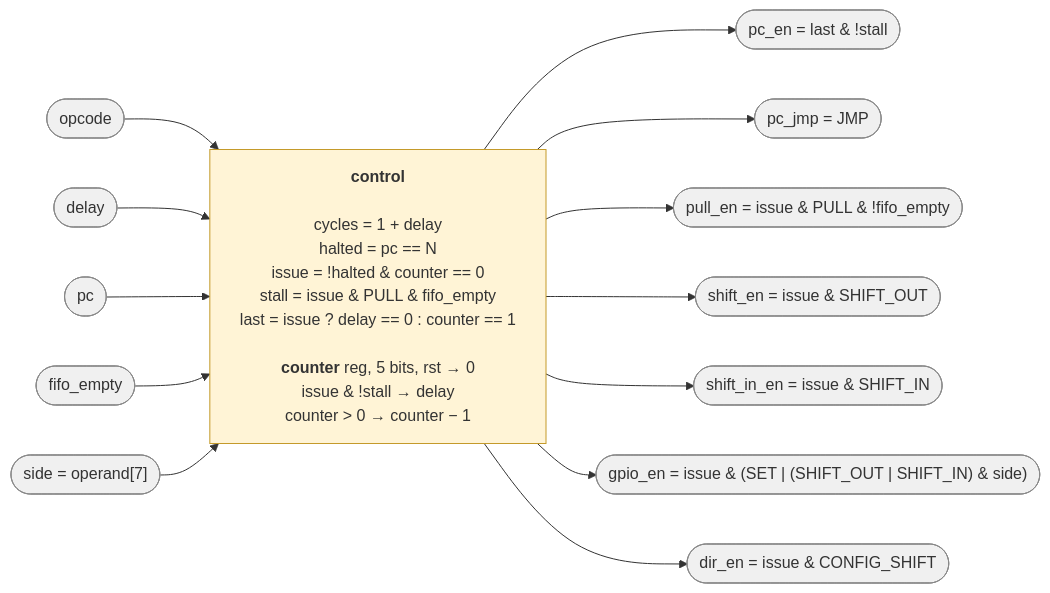
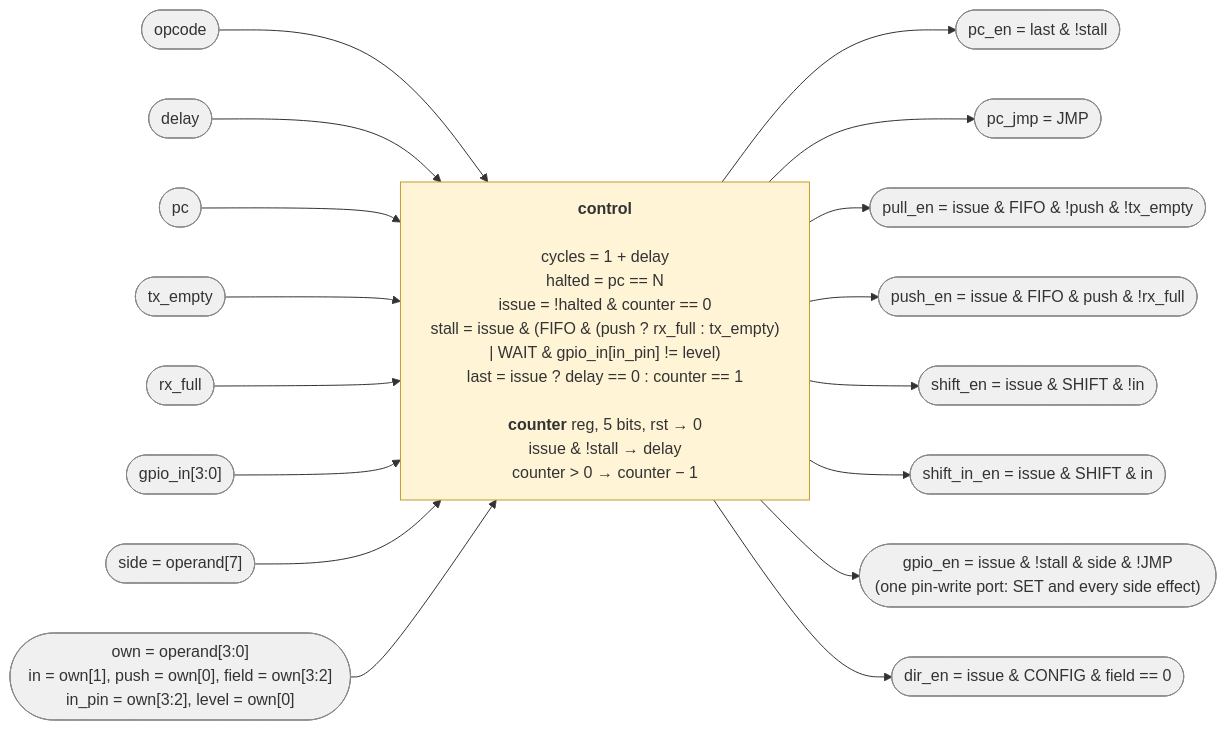
Before and after one commit to cshieldsce/smallcore: the diagram in docs/control.mmd, drawn with Mermaid. The commit also changed 12 other files, not shown here.

Commit message:
update diagrams for the side effect, config, push and wait

```diff
--- a/docs/control.mmd
+++ b/docs/control.mmd
@@ -1,36 +1,45 @@
-%%{init: {"flowchart": {"wrappingWidth": 420}}}%%
+%%{init: {"flowchart": {"wrappingWidth": 440}}}%%
 %% The control block: what it reads, what it computes, what it drives. All combinational
-%% except the counter register. Signal names match core.svg.
+%% except the counter register. Signal names match core.svg. The opcode names stand for
+%% opcode == that value: NOP/SET = 000, SHIFT = 001, FIFO = 010, JMP = 011, CONFIG = 100, WAIT = 101.
 flowchart LR
   classDef sig fill:#f0f0f0,stroke:#888
   classDef reg fill:#dbe8ff,stroke:#4a6fa5
   classDef comb fill:#fff4d6,stroke:#c49a2a
 
   OPC(["opcode"]):::sig
   DLY(["delay"]):::sig
   PCV(["pc"]):::sig
-  EMP(["fifo_empty"]):::sig
+  EMP(["tx_empty"]):::sig
+  FUL(["rx_full"]):::sig
+  GIN(["gpio_in[3:0]"]):::sig
   SIDE(["side = operand[7]"]):::sig
+  OWN(["own = operand[3:0]<br/>in = own[1], push = own[0], field = own[3:2]<br/>in_pin = own[3:2], level = own[0]"]):::sig
 
-  CU["<b>control</b><br/><br/>cycles = 1 + delay<br/>halted = pc == N<br/>issue = !halted & counter == 0<br/>stall = issue & PULL & fifo_empty<br/>last = issue ? delay == 0 : counter == 1<br/><br/><b>counter</b> reg, 5 bits, rst → 0<br/>issue & !stall → delay<br/>counter > 0 → counter − 1"]:::comb
+  CU["<b>control</b><br/><br/>cycles = 1 + delay<br/>halted = pc == N<br/>issue = !halted & counter == 0<br/>stall = issue & (FIFO & (push ? rx_full : tx_empty)<br/>| WAIT & gpio_in[in_pin] != level)<br/>last = issue ? delay == 0 : counter == 1<br/><br/><b>counter</b> reg, 5 bits, rst → 0<br/>issue & !stall → delay<br/>counter > 0 → counter − 1"]:::comb
 
   PCI(["pc_en = last & !stall"]):::sig
   PCJ(["pc_jmp = JMP"]):::sig
-  PLE(["pull_en = issue & PULL & !fifo_empty"]):::sig
-  SHE(["shift_en = issue & SHIFT_OUT"]):::sig
-  SIE(["shift_in_en = issue & SHIFT_IN"]):::sig
-  PNE(["gpio_en = issue & (SET | (SHIFT_OUT | SHIFT_IN) & side)"]):::sig
-  DIE(["dir_en = issue & CONFIG_SHIFT"]):::sig
+  PLE(["pull_en = issue & FIFO & !push & !tx_empty"]):::sig
+  PSE(["push_en = issue & FIFO & push & !rx_full"]):::sig
+  SHE(["shift_en = issue & SHIFT & !in"]):::sig
+  SIE(["shift_in_en = issue & SHIFT & in"]):::sig
+  PNE(["gpio_en = issue & !stall & side & !JMP<br/>(one pin-write port: SET and every side effect)"]):::sig
+  DIE(["dir_en = issue & CONFIG & field == 0"]):::sig
 
   OPC --> CU
   DLY --> CU
   PCV --> CU
   EMP --> CU
+  FUL --> CU
+  GIN --> CU
   SIDE --> CU
+  OWN --> CU
   CU --> PCI
   CU --> PCJ
   CU --> PLE
+  CU --> PSE
   CU --> SHE
   CU --> SIE
   CU --> PNE
   CU --> DIE
```
